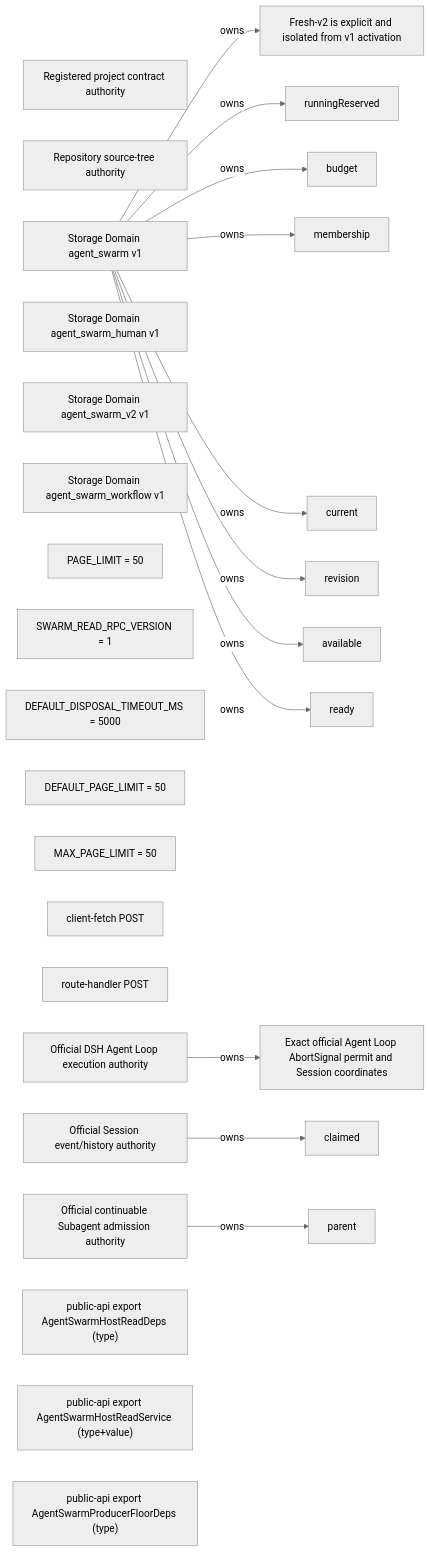
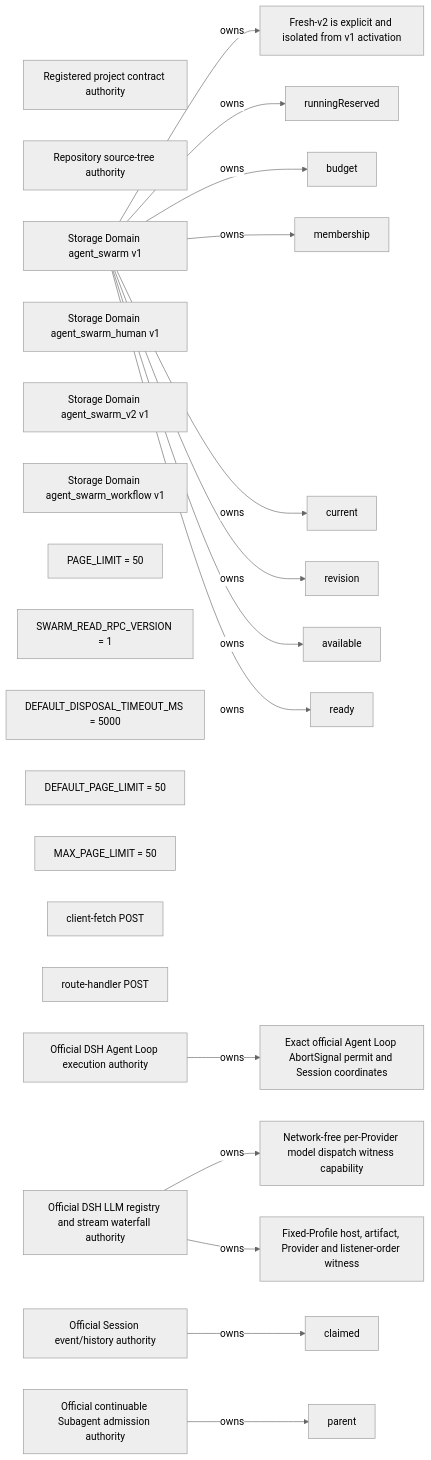
Before and after one commit to leinasi2014/dsh-agent-swarm: the sixth of 6 diagrams in docs/generated/knowledge-graph/authority-permission.md, drawn with Mermaid (neutral theme). The commit also changed other lines of this file and 20 other files, not shown here.

Commit message:
fix: close fresh v2 dispatch witness review gaps

````diff
--- a/docs/generated/knowledge-graph/authority-permission.md
+++ b/docs/generated/knowledge-graph/authority-permission.md
@@ -110,44 +110,46 @@
 ```mermaid
 flowchart LR
   n_617574686f726974793a70726f6a6563742d636f6e747261637473["Registered project contract authority"]
   n_617574686f726974793a736f757263652d74726565["Repository source-tree authority"]
+  n_6361706162696c6974793a66726573682d76322d6d6f64656c2d64697370617463682d7769746e657373["Network-free per-Provider model dispatch witness capability"]
   n_646f6d61696e3a6167656e742d737761726d["Storage Domain agent_swarm v1"]
   n_646f6d61696e3a6167656e742d737761726d2d68756d616e["Storage Domain agent_swarm_human v1"]
   n_646f6d61696e3a6167656e742d737761726d2d7632["Storage Domain agent_swarm_v2 v1"]
   n_646f6d61696e3a6167656e742d737761726d2d776f726b666c6f77["Storage Domain agent_swarm_workflow v1"]
   n_67756172643a617474656d70742d72756e6e696e672d7265736572766564["runningReserved"]
   n_67756172643a6275646765742d7265736572766174696f6e2d61646d69737369626c65["budget"]
   n_67756172643a6361707461696e2d6f722d73656c662d6d656d62657273686970["membership"]
   n_67756172643a636c61696d65642d6672616d652d6f6e6c792d61636b6e6f776c656467656d656e74["claimed"]
   n_67756172643a65786163742d63757272656e742d617474656d7074["current"]
   n_67756172643a65786163742d7461736b2d7265766973696f6e["revision"]
   n_67756172643a66726573682d76322d6578706572696d656e74616c2d61637469766174696f6e["Fresh-v2 is explicit and isolated from v1 activation"]
+  n_67756172643a66726573682d76322d66697865642d70726f66696c652d7769746e6573732d6361706162696c697479["Fixed-Profile host, artifact, Provider and listener-order witness"]
   n_67756172643a66726573682d76322d6f6666696369616c2d6167656e742d6c6f6f702d72657175657374["Exact official Agent Loop AbortSignal permit and Session coordinates"]
   n_67756172643a6d656d6265722d6861732d6e6f2d6f70656e2d776f726b["available"]
   n_67756172643a6f6666696369616c2d6c6976652d6469726563742d706172656e742d61646d697373696f6e["parent"]
   n_67756172643a7270632d626f756e642f7372632f636c69656e742f7465616d2d64617368626f6172642d636f6e74726f6c6c65722e74732f706167655f6c696d6974["PAGE_LIMIT = 50"]
   n_67756172643a7270632d626f756e642f7372632f7270632f726561642d7270632d636f6e74726163742e74732f737761726d5f726561645f7270635f76657273696f6e["SWARM_READ_RPC_VERSION = 1"]
   n_67756172643a7270632d626f756e642f7372632f7270632f726561642d7270632d736572766963652e74732f64656661756c745f646973706f73616c5f74696d656f75745f6d73["DEFAULT_DISPOSAL_TIMEOUT_MS = 5000"]
   n_67756172643a7270632d626f756e642f7372632f7270632f726561642d7270632d736572766963652e74732f64656661756c745f706167655f6c696d6974["DEFAULT_PAGE_LIMIT = 50"]
   n_67756172643a7270632d626f756e642f7372632f7270632f726561642d7270632d736572766963652e74732f6d61785f706167655f6c696d6974["MAX_PAGE_LIMIT = 50"]
   n_67756172643a7270632d687474702f30312d7372632f636c69656e742f726561642d636c69656e742e7473["client-fetch POST"]
   n_67756172643a7270632d687474702f30322d7372632f7270632f726561642d7270632d736572766963652e7473["route-handler POST"]
   n_67756172643a7461736b2d7265616479["ready"]
   n_6f6666696369616c2d617574686f726974793a6167656e742d6c6f6f70["Official DSH Agent Loop execution authority"]
+  n_6f6666696369616c2d617574686f726974793a6c6c6d2d72756e74696d65["Official DSH LLM registry and stream waterfall authority"]
   n_6f6666696369616c2d617574686f726974793a73657373696f6e["Official Session event/history authority"]
   n_6f6666696369616c2d617574686f726974793a7375626167656e74["Official continuable Subagent admission authority"]
-  n_7075626c69632d6361706162696c6974793a6578706f72742f7075626c69632d6170692f6167656e74737761726d686f73747265616464657073["public-api export AgentSwarmHostReadDeps (type)"]
-  n_7075626c69632d6361706162696c6974793a6578706f72742f7075626c69632d6170692f6167656e74737761726d686f73747265616473657276696365["public-api export AgentSwarmHostReadService (type+value)"]
-  n_7075626c69632d6361706162696c6974793a6578706f72742f7075626c69632d6170692f6167656e74737761726d70726f6475636572666c6f6f7264657073["public-api export AgentSwarmProducerFloorDeps (type)"]
   n_646f6d61696e3a6167656e742d737761726d -->|owns| n_67756172643a66726573682d76322d6578706572696d656e74616c2d61637469766174696f6e
+  n_6f6666696369616c2d617574686f726974793a6c6c6d2d72756e74696d65 -->|owns| n_6361706162696c6974793a66726573682d76322d6d6f64656c2d64697370617463682d7769746e657373
+  n_6f6666696369616c2d617574686f726974793a6c6c6d2d72756e74696d65 -->|owns| n_67756172643a66726573682d76322d66697865642d70726f66696c652d7769746e6573732d6361706162696c697479
   n_6f6666696369616c2d617574686f726974793a6167656e742d6c6f6f70 -->|owns| n_67756172643a66726573682d76322d6f6666696369616c2d6167656e742d6c6f6f702d72657175657374
   n_646f6d61696e3a6167656e742d737761726d -->|owns| n_67756172643a617474656d70742d72756e6e696e672d7265736572766564
   n_646f6d61696e3a6167656e742d737761726d -->|owns| n_67756172643a6275646765742d7265736572766174696f6e2d61646d69737369626c65
   n_646f6d61696e3a6167656e742d737761726d -->|owns| n_67756172643a6361707461696e2d6f722d73656c662d6d656d62657273686970
   n_6f6666696369616c2d617574686f726974793a73657373696f6e -->|owns| n_67756172643a636c61696d65642d6672616d652d6f6e6c792d61636b6e6f776c656467656d656e74
   n_646f6d61696e3a6167656e742d737761726d -->|owns| n_67756172643a65786163742d63757272656e742d617474656d7074
   n_646f6d61696e3a6167656e742d737761726d -->|owns| n_67756172643a65786163742d7461736b2d7265766973696f6e
   n_646f6d61696e3a6167656e742d737761726d -->|owns| n_67756172643a6d656d6265722d6861732d6e6f2d6f70656e2d776f726b
   n_6f6666696369616c2d617574686f726974793a7375626167656e74 -->|owns| n_67756172643a6f6666696369616c2d6c6976652d6469726563742d706172656e742d61646d697373696f6e
   n_646f6d61696e3a6167656e742d737761726d -->|owns| n_67756172643a7461736b2d7265616479
 ```
````
